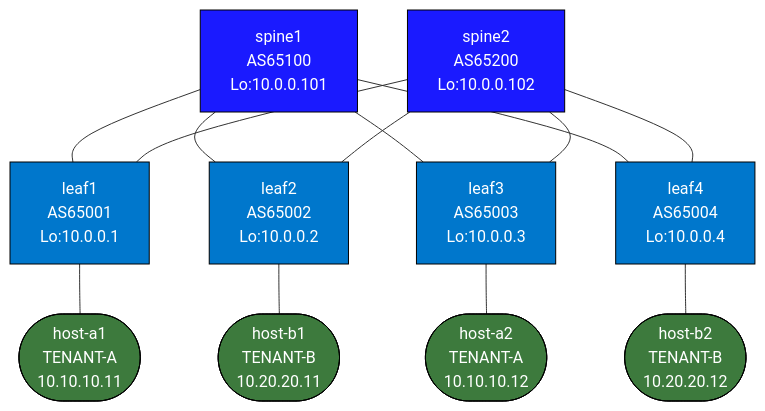
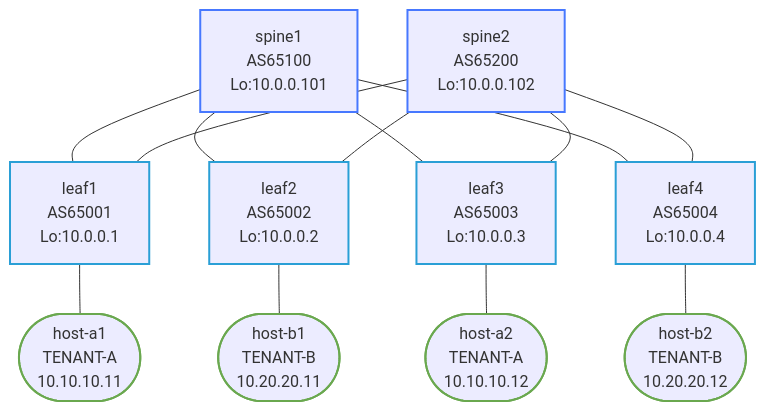
The first of 2 diagrams in labs/vxlan-evpn/README.md (jschless/networkingLabs), drawn with Mermaid before and after one commit. The commit also changed other lines of this file and 250 other files, not shown here.

Commit message:
Fix unreadable topology diagrams, convert ASCII art, publish assessments (#57)

````diff
--- a/labs/vxlan-evpn/README.md
+++ b/labs/vxlan-evpn/README.md
@@ -20,27 +20,27 @@
 ```mermaid
 flowchart TB
-    spine1["spine1\nAS65100\nLo:10.0.0.101"]
-    spine2["spine2\nAS65200\nLo:10.0.0.102"]
-    leaf1["leaf1\nAS65001\nLo:10.0.0.1"]
-    leaf2["leaf2\nAS65002\nLo:10.0.0.2"]
-    leaf3["leaf3\nAS65003\nLo:10.0.0.3"]
-    leaf4["leaf4\nAS65004\nLo:10.0.0.4"]
-    ha1(["host-a1\nTENANT-A\n10.10.10.11"])
-    hb1(["host-b1\nTENANT-B\n10.20.20.11"])
-    ha2(["host-a2\nTENANT-A\n10.10.10.12"])
-    hb2(["host-b2\nTENANT-B\n10.20.20.12"])
+    spine1["spine1<br/>AS65100<br/>Lo:10.0.0.101"]
+    spine2["spine2<br/>AS65200<br/>Lo:10.0.0.102"]
+    leaf1["leaf1<br/>AS65001<br/>Lo:10.0.0.1"]
+    leaf2["leaf2<br/>AS65002<br/>Lo:10.0.0.2"]
+    leaf3["leaf3<br/>AS65003<br/>Lo:10.0.0.3"]
+    leaf4["leaf4<br/>AS65004<br/>Lo:10.0.0.4"]
+    ha1(["host-a1<br/>TENANT-A<br/>10.10.10.11"])
+    hb1(["host-b1<br/>TENANT-B<br/>10.20.20.11"])
+    ha2(["host-a2<br/>TENANT-A<br/>10.10.10.12"])
+    hb2(["host-b2<br/>TENANT-B<br/>10.20.20.12"])
 
     spine1 --- leaf1 & leaf2 & leaf3 & leaf4
     spine2 --- leaf1 & leaf2 & leaf3 & leaf4
     leaf1 --- ha1
     leaf2 --- hb1
     leaf3 --- ha2
     leaf4 --- hb2
 
-    classDef spine fill:#1a1aff,color:#fff,stroke:#000
-    classDef vtep  fill:#0077cc,color:#fff,stroke:#000
-    classDef host  fill:#3d7a3d,color:#fff,stroke:#000
+    classDef spine stroke:#4778ff,stroke-width:2px
+    classDef vtep stroke:#2a9fd6,stroke-width:2px
+    classDef host stroke:#6aa84f,stroke-width:2px
     class spine1,spine2 spine
     class leaf1,leaf2,leaf3,leaf4 vtep
     class ha1,hb1,ha2,hb2 host
 ```
````
